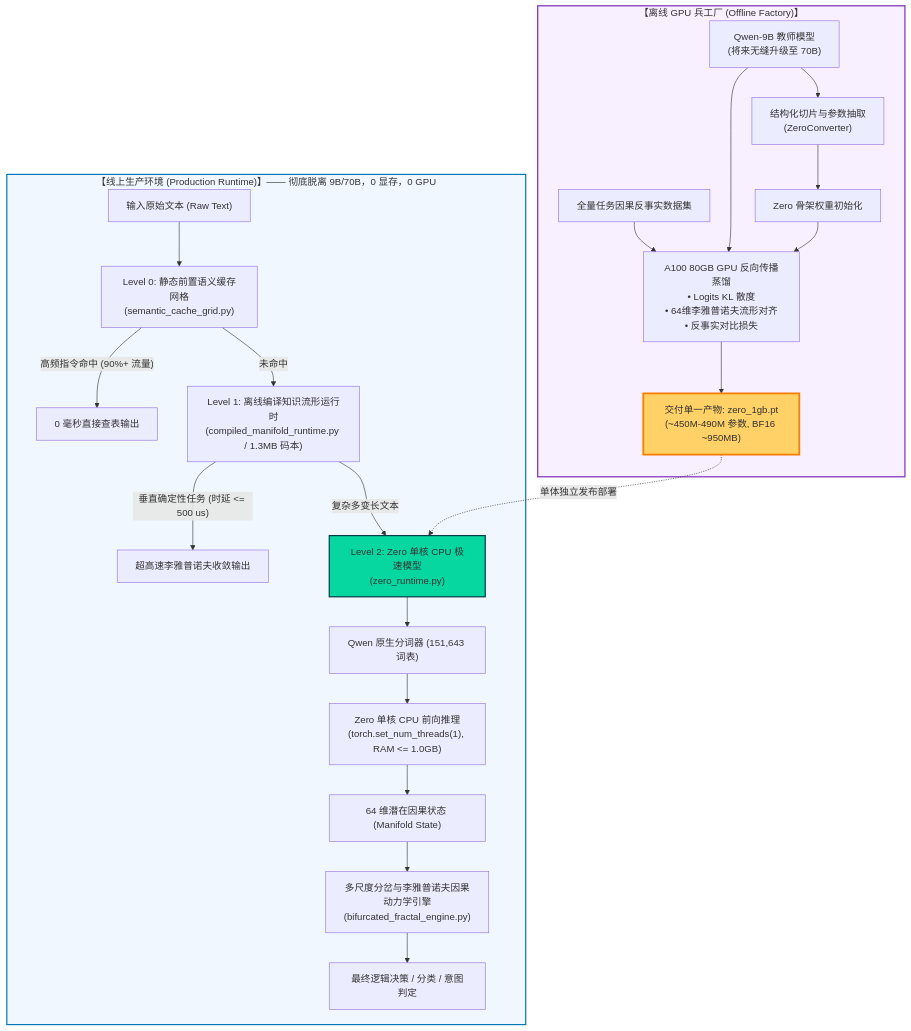
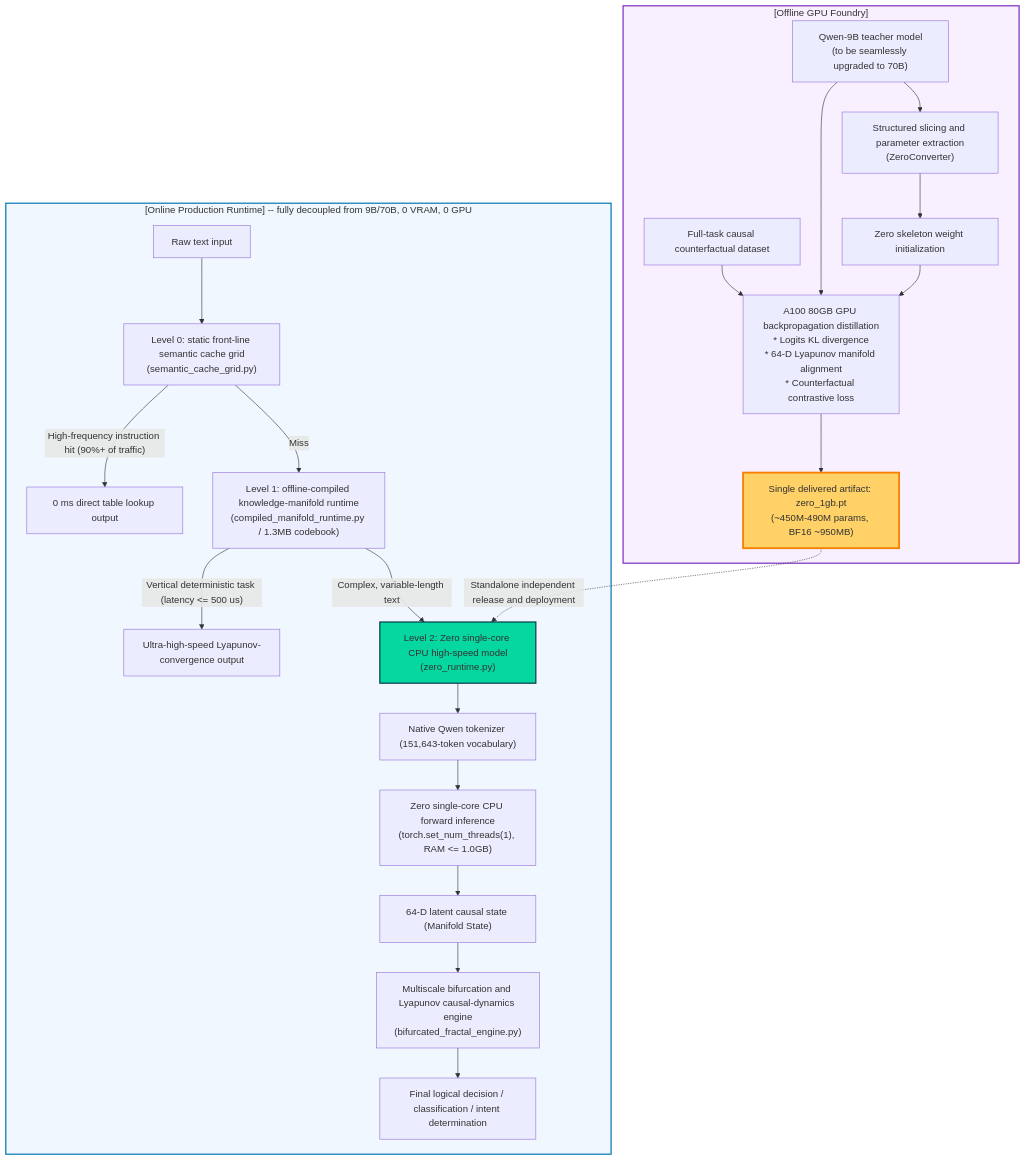
One commit to xmond/gen-zero changed the diagram in docs/zero/README.md. Above: the diagram before and after it, drawn with Mermaid. The commit also changed other lines of this file and 46 other files, not shown here.

````diff
--- a/docs/zero/README.md
+++ b/docs/zero/README.md
@@ -68,37 +68,37 @@
 ```mermaid
 flowchart TD
-    subgraph Offline["【离线 GPU 兵工厂 (Offline Factory)】"]
-        Teacher9B["Qwen-9B 教师模型<br>(将来无缝升级至 70B)"]
-        Teacher9B --> Slice["结构化切片与参数抽取<br>(ZeroConverter)"]
-        Slice --> ZeroInit["Zero 骨架权重初始化"]
+    subgraph Offline["[Offline GPU Foundry]"]
+        Teacher9B["Qwen-9B teacher model<br>(to be seamlessly upgraded to 70B)"]
+        Teacher9B --> Slice["Structured slicing and parameter extraction<br>(ZeroConverter)"]
+        Slice --> ZeroInit["Zero skeleton weight initialization"]
         
-        Data["全量任务因果反事实数据集"] --> Distill["A100 80GB GPU 反向传播蒸馏<br>• Logits KL 散度<br>• 64维李雅普诺夫流形对齐<br>• 反事实对比损失"]
+        Data["Full-task causal counterfactual dataset"] --> Distill["A100 80GB GPU backpropagation distillation<br>* Logits KL divergence<br>* 64-D Lyapunov manifold alignment<br>* Counterfactual contrastive loss"]
         Teacher9B --> Distill
         ZeroInit --> Distill
-        Distill --> ZeroArtifact["交付单一产物: zero_1gb.pt<br>(~450M-490M 参数, BF16 ~950MB)"]
+        Distill --> ZeroArtifact["Single delivered artifact: zero_1gb.pt<br>(~450M-490M params, BF16 ~950MB)"]
     end
 
-    subgraph Production["【线上生产环境 (Production Runtime)】—— 彻底脱离 9B/70B，0 显存，0 GPU"]
-        RawText["输入原始文本 (Raw Text)"] --> Tier0["Level 0: 静态前置语义缓存网格<br>(semantic_cache_grid.py)"]
+    subgraph Production["[Online Production Runtime] -- fully decoupled from 9B/70B, 0 VRAM, 0 GPU"]
+        RawText["Raw text input"] --> Tier0["Level 0: static front-line semantic cache grid<br>(semantic_cache_grid.py)"]
         
-        Tier0 -->|"高频指令命中 (90%+ 流量)"| CacheHit["0 毫秒直接查表输出"]
+        Tier0 -->|"High-frequency instruction hit (90%+ of traffic)"| CacheHit["0 ms direct table lookup output"]
         
-        Tier0 -->|"未命中"| Tier1["Level 1: 离线编译知识流形运行时<br>(compiled_manifold_runtime.py / 1.3MB 码本)"]
-        Tier1 -->|"垂直确定性任务 (时延 <= 500 us)"| ManifoldHit["超高速李雅普诺夫收敛输出"]
+        Tier0 -->|"Miss"| Tier1["Level 1: offline-compiled knowledge-manifold runtime<br>(compiled_manifold_runtime.py / 1.3MB codebook)"]
+        Tier1 -->|"Vertical deterministic task (latency <= 500 us)"| ManifoldHit["Ultra-high-speed Lyapunov-convergence output"]
         
-        Tier1 -->|"复杂多变长文本"| Tier2["Level 2: Zero 单核 CPU 极速模型<br>(zero_runtime.py)"]
+        Tier1 -->|"Complex, variable-length text"| Tier2["Level 2: Zero single-core CPU high-speed model<br>(zero_runtime.py)"]
         
-        Tier2 --> Tokenizer["Qwen 原生分词器 (151,643 词表)"]
-        Tokenizer --> ZeroForward["Zero 单核 CPU 前向推理<br>(torch.set_num_threads(1), RAM <= 1.0GB)"]
-        ZeroForward --> Manifold64D["64 维潜在因果状态 (Manifold State)"]
-        Manifold64D --> DynamicsEngine["多尺度分岔与李雅普诺夫因果动力学引擎<br>(bifurcated_fractal_engine.py)"]
-        DynamicsEngine --> FinalVerdict["最终逻辑决策 / 分类 / 意图判定"]
+        Tier2 --> Tokenizer["Native Qwen tokenizer (151,643-token vocabulary)"]
+        Tokenizer --> ZeroForward["Zero single-core CPU forward inference<br>(torch.set_num_threads(1), RAM <= 1.0GB)"]
+        ZeroForward --> Manifold64D["64-D latent causal state (Manifold State)"]
+        Manifold64D --> DynamicsEngine["Multiscale bifurcation and Lyapunov causal-dynamics engine<br>(bifurcated_fractal_engine.py)"]
+        DynamicsEngine --> FinalVerdict["Final logical decision / classification / intent determination"]
     end
 
-    ZeroArtifact -.->|"单体独立发布部署"| Tier2
+    ZeroArtifact -.->|"Standalone independent release and deployment"| Tier2
 
     style Offline fill:#f9f0ff,stroke:#7b2cbf,stroke-width:2px
     style Production fill:#f0f7ff,stroke:#0077b6,stroke-width:2px
     style ZeroArtifact fill:#ffd166,stroke:#f77f00,stroke-width:3px
     style Tier2 fill:#06d6a0,stroke:#073b4c,stroke-width:2px
 ```
````
